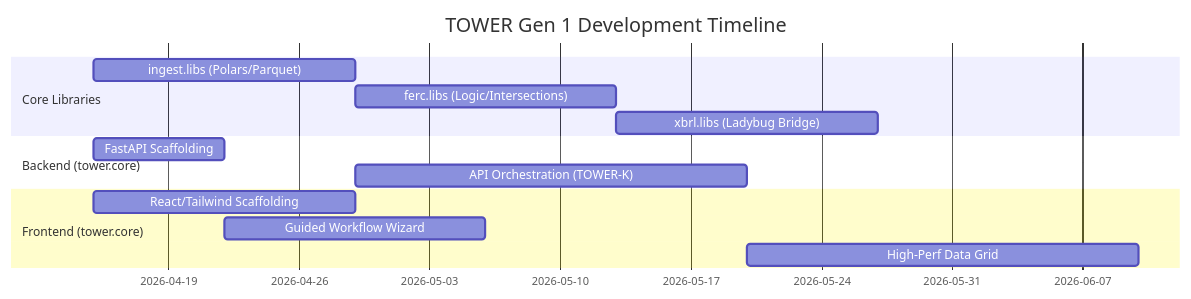
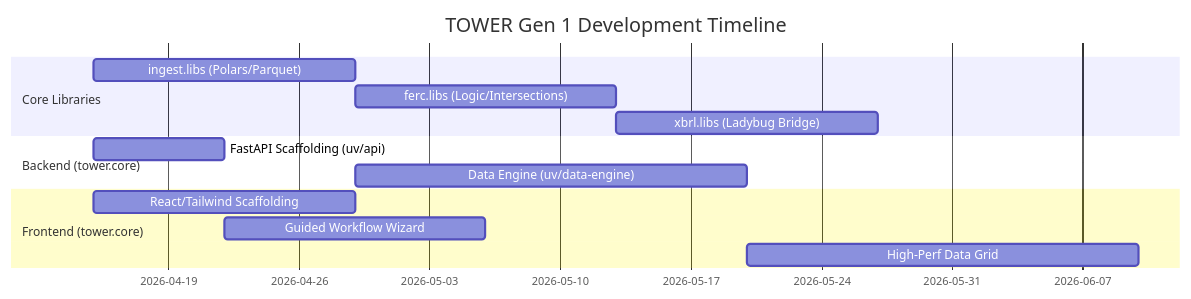
One commit to rve59/tower.core changed the diagram in asdlc/product/project_plan_gen1_000103.md. Above: the diagram before and after it, drawn with Mermaid. The commit also changed other lines of this file and 13 other files, not shown here.

Commit message:
feat: restructure to Lean Architecture (uv, Python 3.14, Polars)

````diff
--- a/asdlc/product/project_plan_gen1_000103.md
+++ b/asdlc/product/project_plan_gen1_000103.md
@@ -100,16 +100,16 @@
 ```mermaid
 gantt
     title TOWER Gen 1 Development Timeline
     dateFormat  YYYY-MM-DD
     section Core Libraries
     ingest.libs (Polars/Parquet)      :a1, 2026-04-15, 14d
     ferc.libs (Logic/Intersections)   :a2, after a1, 14d
     xbrl.libs (Ladybug Bridge)        :a3, after a2, 14d
     section Backend (tower.core)
-    FastAPI Scaffolding               :b1, 2026-04-15, 7d
-    API Orchestration (TOWER-K)       :b2, after a1, 21d
+    FastAPI Scaffolding (uv/api)       :b1, 2026-04-15, 7d
+    Data Engine (uv/data-engine)       :b2, after a1, 21d
     section Frontend (tower.core)
     React/Tailwind Scaffolding        :c1, 2026-04-15, 14d
     Guided Workflow Wizard            :c2, after b1, 14d
     High-Perf Data Grid               :c3, after b2, 21d
 ```
````
